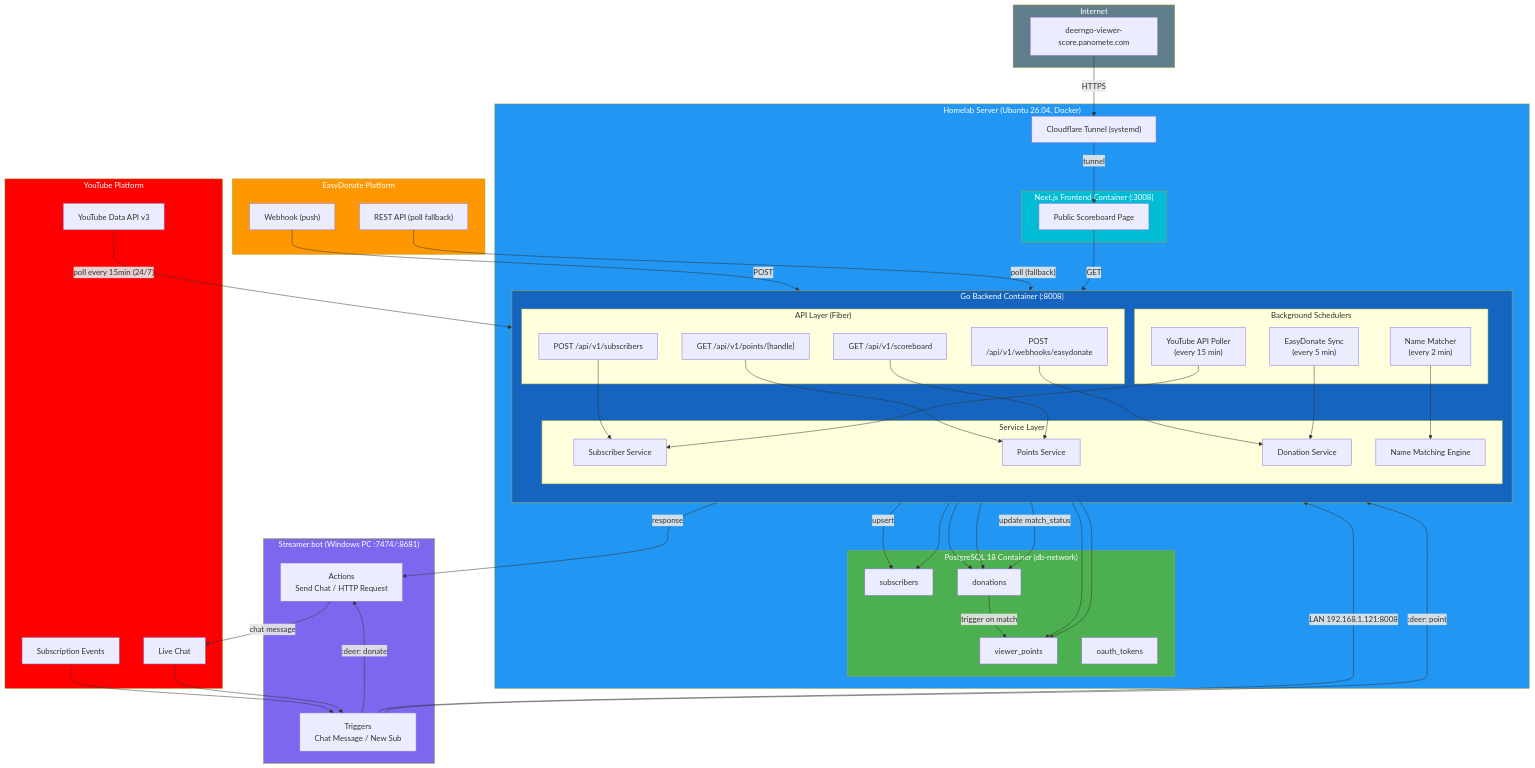
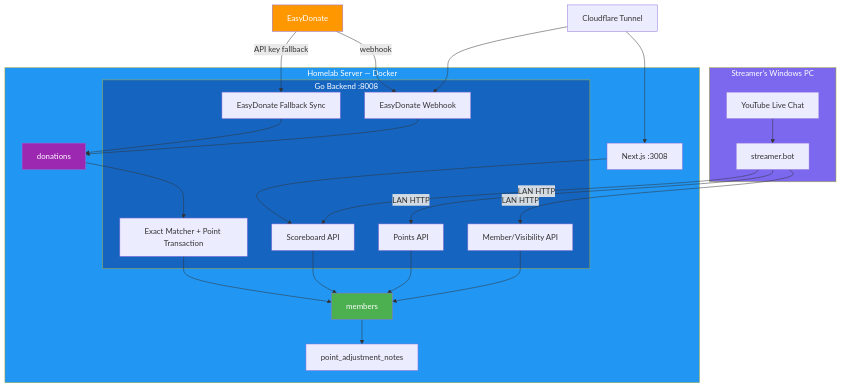
One commit to oat431/document_template changed the first of 3 diagrams in external_spec/deerngo_bot/02_design/025_software_architecture_document.md. Above: the diagram before and after it, drawn with Mermaid. The commit also changed other lines of this file and 32 other files, not shown here.

````diff
--- a/external_spec/deerngo_bot/02_design/025_software_architecture_document.md
+++ b/external_spec/deerngo_bot/02_design/025_software_architecture_document.md
@@ -79,107 +70,50 @@
 ```mermaid
 flowchart TB
-    subgraph YouTube["YouTube Platform"]
-        YT_Chat["Live Chat"]
-        YT_Sub["Subscription Events"]
-        YT_API["YouTube Data API v3"]
+    subgraph LivePC["Streamer's Windows PC"]
+        Chat["YouTube Live Chat"]
+        SB["streamer.bot"]
     end
 
-    subgraph SB["Streamer.bot (Windows PC :7474/:8681)"]
-        SB_Trig["Triggers<br>Chat Message / New Sub"]
-        SB_Actions["Actions<br>Send Chat / HTTP Request"]
+    subgraph Homelab["Homelab Server — Docker"]
+        subgraph Backend["Go Backend :8008"]
+            MemberAPI["Member/Visibility API"]
+            PointAPI["Points API"]
+            ScoreAPI["Scoreboard API"]
+            Webhook["EasyDonate Webhook"]
+            Sync["EasyDonate Fallback Sync"]
+            Match["Exact Matcher + Point Transaction"]
+        end
+        Members["members"]
+        Donations["donations"]
+        Notes["point_adjustment_notes"]
+        Web["Next.js :3008"]
     end
 
-    subgraph Homelab["Homelab Server (Ubuntu 26.04, Docker)"]
-        subgraph Backend["Go Backend Container (:8008)"]
-            direction TB
-            subgraph API_Layer["API Layer (Fiber)"]
-                EP_Sub["POST /api/v1/subscribers"]
-                EP_Points["GET /api/v1/points/{handle}"]
-                EP_Score["GET /api/v1/scoreboard"]
-                EP_Webhook["POST /api/v1/webhooks/easydonate"]
-            end
-            subgraph Services["Service Layer"]
-                SVC_Sub["Subscriber Service"]
-                SVC_Don["Donation Service"]
-                SVC_Pts["Points Service"]
-                SVC_Match["Name Matching Engine"]
-            end
-            subgraph Schedulers["Background Schedulers"]
-                SCH_YT["YouTube API Poller<br>(every 15 min)"]
-                SCH_ED["EasyDonate Sync<br>(every 5 min)"]
-                SCH_Match["Name Matcher<br>(every 2 min)"]
-            end
-        end
+    ED["EasyDonate"]
+    CF["Cloudflare Tunnel"]
 
-        subgraph DB["PostgreSQL 18 Container (db-network)"]
-            T_Sub["subscribers"]
-            T_Don["donations"]
-            T_Pts["viewer_points"]
-            T_OAuth["oauth_tokens"]
-        end
+    Chat --> SB
+    SB -->|"LAN HTTP"| MemberAPI
+    SB -->|"LAN HTTP"| PointAPI
+    SB -->|"LAN HTTP"| ScoreAPI
+    MemberAPI --> Members
+    PointAPI --> Members
+    ScoreAPI --> Members
+    ED -->|"webhook"| Webhook
+    ED -->|"API key fallback"| Sync
+    Webhook --> Donations
+    Sync --> Donations
+    Donations --> Match
+    Match --> Members
+    Members --> Notes
+    Web --> ScoreAPI
+    CF --> Web
+    CF --> Webhook
 
-        subgraph Frontend["Next.js Frontend Container (:3008)"]
-            Web_Score["Public Scoreboard Page"]
-        end
-
-        CF["Cloudflare Tunnel (systemd)"]
-    end
-
-    subgraph EasyDonate["EasyDonate Platform"]
-        ED_Webhook["Webhook (push)"]
-        ED_API["REST API (poll fallback)"]
-    end
-
-    subgraph Internet["Internet"]
-        DNS["deerngo-viewer-score.panomete.com"]
-    end
-
-    %% Subscriber flow — HYBRID
-    YT_Sub --> SB_Trig
-    SB_Trig -->|"LAN 192.168.1.121:8008"| EP_Sub
-    YT_API -->|"poll every 15min (24/7)"| SCH_YT
-    EP_Sub --> SVC_Sub
-    SCH_YT --> SVC_Sub
-    SVC_Sub -->|"upsert"| T_Sub
-
-    %% Chat command flow
-    YT_Chat --> SB_Trig
-    SB_Trig -->|":deer: donate"| SB_Actions
-    SB_Trig -->|":deer: point"| EP_Points
-    EP_Points --> SVC_Pts
-    SVC_Pts --> T_Pts
-    EP_Points -->|"response"| SB_Actions
-    SB_Actions -->|"chat message"| YT_Chat
-
-    %% Donation flow
-    ED_Webhook -->|"POST"| EP_Webhook
-    EP_Webhook --> SVC_Don
-    ED_API -->|"poll (fallback)"| SCH_ED
-    SCH_ED --> SVC_Don
-    SVC_Don --> T_Don
-
-    %% Name matching flow
-    SCH_Match --> SVC_Match
-    SVC_Match --> T_Don
-    SVC_Match --> T_Sub
-    SVC_Match -->|"update match_status"| T_Don
-
-    %% Points sync (trigger)
-    T_Don -->|"trigger on match"| T_Pts
-
-    %% Scoreboard flow
-    DNS -->|"HTTPS"| CF
-    CF -->|"tunnel"| Web_Score
-    Web_Score -->|"GET"| EP_Score
-    EP_Score --> SVC_Pts
-    SVC_Pts --> T_Pts
-
-    style YouTube fill:#FF0000,color:#fff
-    style SB fill:#7B68EE,color:#fff
+    style LivePC fill:#7B68EE,color:#fff
     style Homelab fill:#2196F3,color:#fff
     style Backend fill:#1565C0,color:#fff
-    style DB fill:#4CAF50,color:#fff
-    style EasyDonate fill:#FF9800,color:#fff
-    style Frontend fill:#00BCD4,color:#fff
-    style Internet fill:#607D8B,color:#fff
+    style Members fill:#4CAF50,color:#fff
+    style Donations fill:#9C27B0,color:#fff
+    style ED fill:#FF9800,color:#fff
 ```
````
